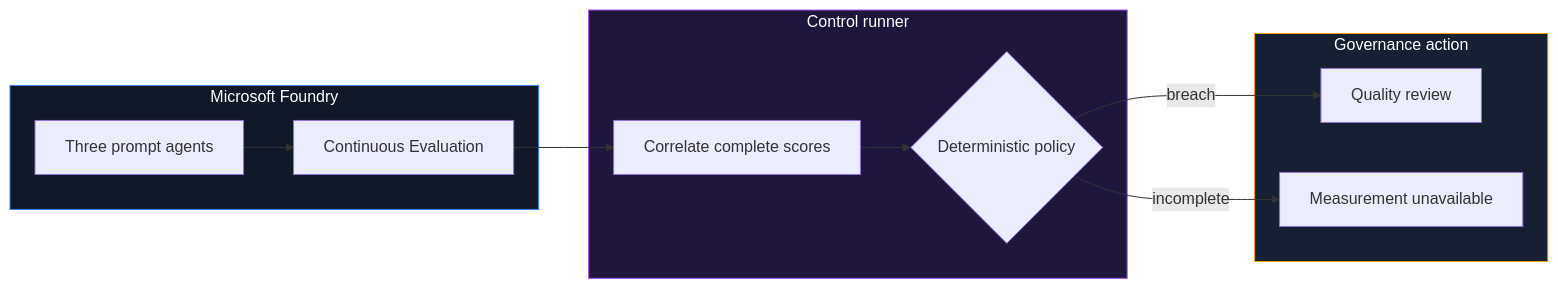
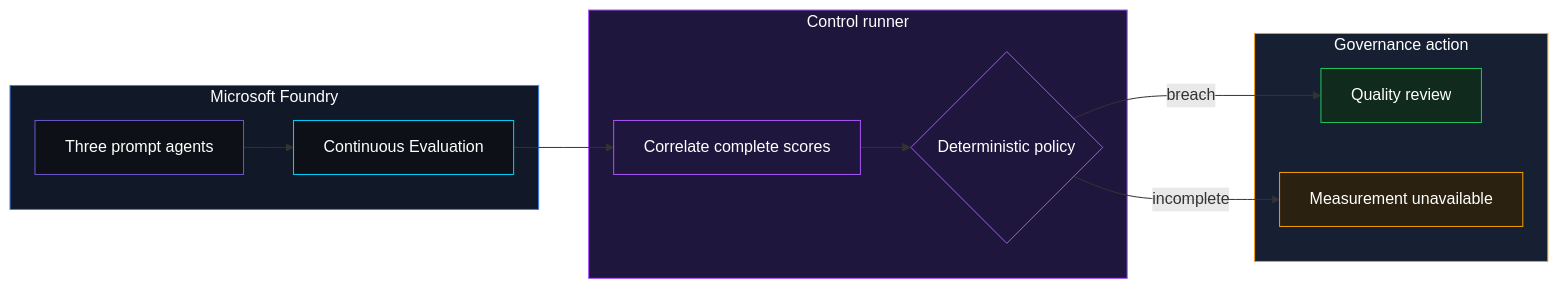
The diagram in controls/grounding_and_quality/QLT-001_hallucination_rate_high/README.md (doruit/forged-with-foundry), drawn with Mermaid before and after one commit. The commit also changed other lines of this file, not shown here.

````diff
--- a/controls/grounding_and_quality/QLT-001_hallucination_rate_high/README.md
+++ b/controls/grounding_and_quality/QLT-001_hallucination_rate_high/README.md
@@ -97,24 +132,34 @@
 ```mermaid
 flowchart LR
   subgraph F["Microsoft Foundry"]
     A["Three prompt agents"]
     C["Continuous Evaluation"]
     A --> C
   end
   subgraph M["Control runner"]
     R["Correlate complete scores"]
     P{"Deterministic policy"}
     R --> P
   end
   subgraph G["Governance action"]
     Q["Quality review"]
     U["Measurement unavailable"]
   end
   C --> R
   P -->|"breach"| Q
   P -->|"incomplete"| U
 
+  classDef fleet fill:#0D1117,stroke:#6E56CF,color:#FFFFFF
+  classDef signal fill:#0D1117,stroke:#00D4FF,color:#FFFFFF
+  classDef policy fill:#1F163D,stroke:#A855F7,color:#FFFFFF
+  classDef success fill:#102A1D,stroke:#22C55E,color:#FFFFFF
+  classDef warning fill:#2B2110,stroke:#F59E0B,color:#FFFFFF
+  class A fleet
+  class C signal
+  class R,P policy
+  class Q success
+  class U warning
   style F fill:#111827,stroke:#3B82F6,color:#FFFFFF
   style M fill:#1F163D,stroke:#A855F7,color:#FFFFFF
   style G fill:#172033,stroke:#F59E0B,color:#FFFFFF
 ```
````
